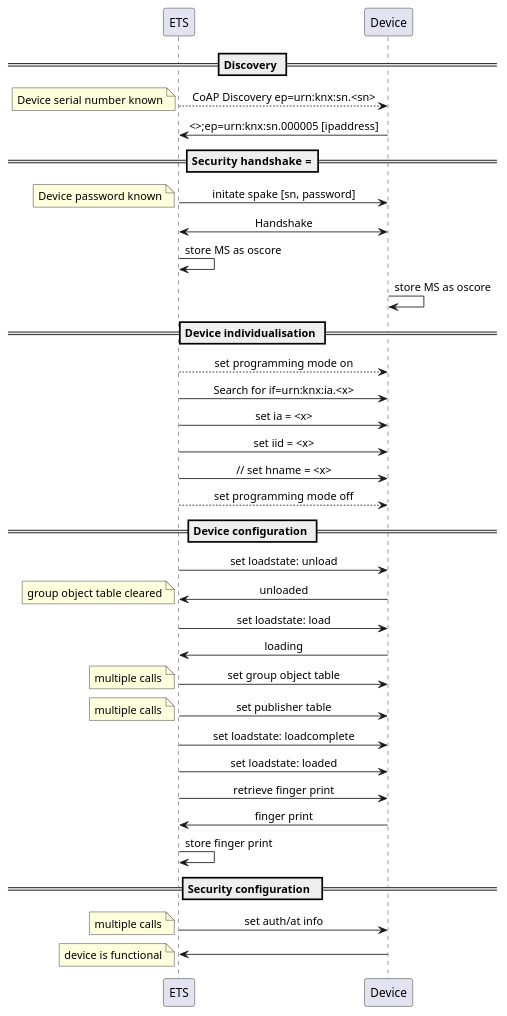
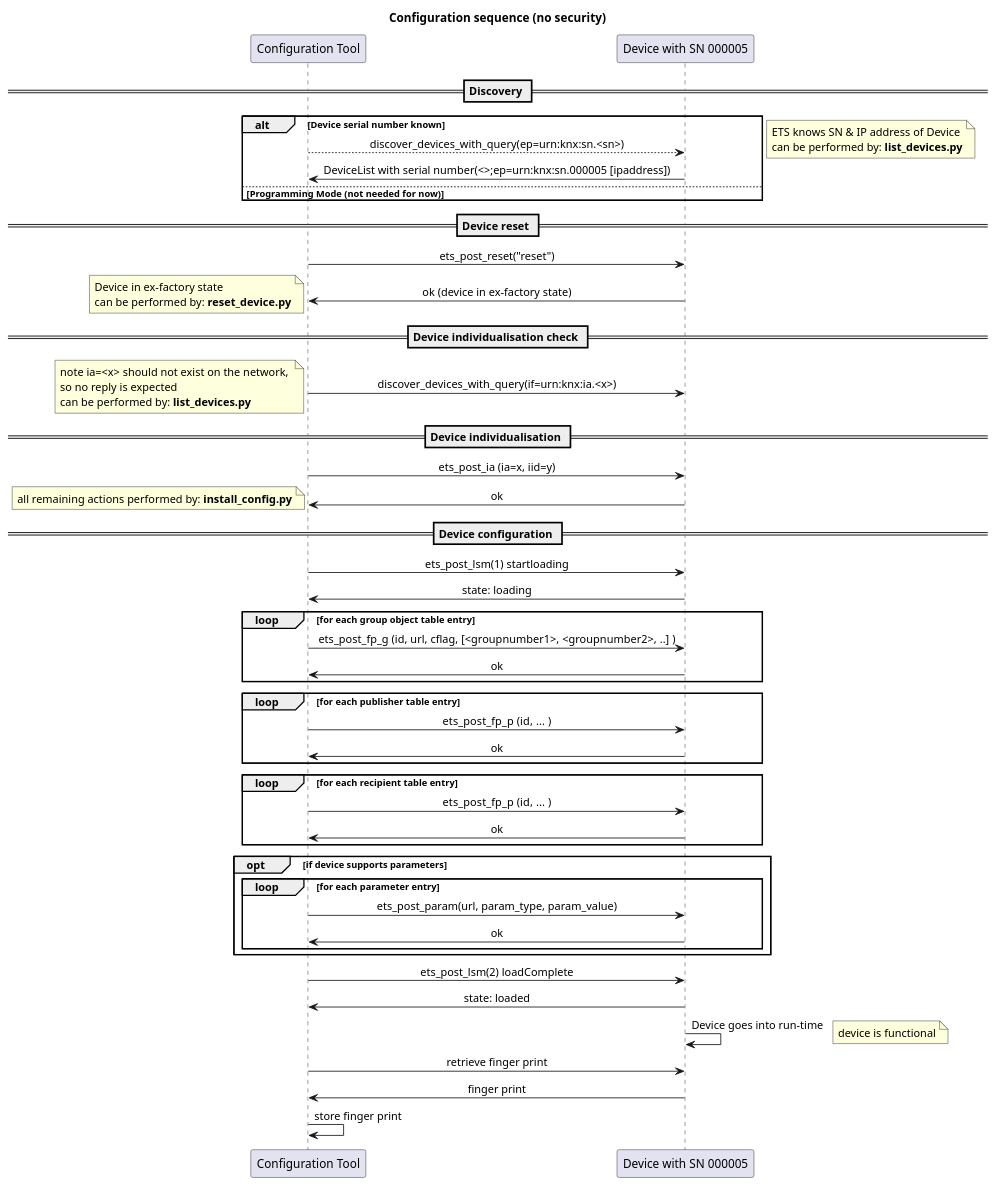
The diagram in images/sequence_setup.puml (KNX-IOT/KNX-IOT-STACK), drawn with PlantUML before and after one commit. The commit also changed 1 other file, not shown here.

Commit message:
adapt config sequence to actual situation

```diff
--- a/images/sequence_setup.puml
+++ b/images/sequence_setup.puml
@@ -1,50 +1,78 @@
 @startuml
 skinparam sequenceMessageAlign center
+Title Configuration sequence (no security)
+
+participant "Configuration Tool" as ETS
+participant "Device with SN 000005" as Device
 
 == Discovery ==
+alt Device serial number known
+ETS --> Device: discover_devices_with_query(ep=urn:knx:sn.<sn>)
+ETS <- Device: DeviceList with serial number(<>;ep=urn:knx:sn.000005 [ipaddress])
+else Programming Mode (not needed for now)
+end
 
-ETS --> Device: CoAP Discovery ep=urn:knx:sn.<sn>
-note left : Device serial number known
-ETS <- Device: <>;ep=urn:knx:sn.000005 [ipaddress]
+note left 
+ETS knows SN & IP address of Device
+can be performed by: **list_devices.py**
+end note
 
-== Security handshake  ===
-ETS -> Device: initate spake [sn, password]
-note left : Device password known
-ETS <-> Device: Handshake
-ETS -> ETS : store MS as oscore 
-Device -> Device : store MS as oscore 
+== Device reset ==
+ETS -> Device: ets_post_reset("reset") 
+ETS <- Device: ok (device in ex-factory state)
+note left 
+Device in ex-factory state
+can be performed by: **reset_device.py**
+end note
 
-== Device individualisation ==
-ETS --> Device: set programming mode on
-ETS -> Device: Search for if=urn:knx:ia.<x>
-ETS -> Device: set ia = <x>
-ETS -> Device: set iid = <x>
-ETS -> Device: // set hname = <x>
-ETS --> Device: set programming mode off
+== Device individualisation check ==
+ETS -> Device:discover_devices_with_query(if=urn:knx:ia.<x>)
+note left 
+note ia=<x> should not exist on the network, 
+so no reply is expected
+can be performed by: **list_devices.py**
+end note
+
+== Device individualisation == 
+
+ETS -> Device: ets_post_ia (ia=x, iid=y)
+Device -> ETS: ok
+
+note left 
+all remaining actions performed by: **install_config.py**
+end note
 
 == Device configuration ==
-ETS -> Device: set loadstate: unload 
-ETS <- Device: unloaded
-note left : group object table cleared
-ETS -> Device: set loadstate: load 
-ETS <- Device: loading
+ETS -> Device: ets_post_lsm(1) startloading
+ETS <- Device: state: loading
+loop for each group object table entry
+ETS -> Device: ets_post_fp_g (id, url, cflag, [<groupnumber1>, <groupnumber2>, ..]  )
+Device -> ETS: ok
+end
 
-ETS -> Device: set group object table
-note left : multiple calls
-ETS -> Device: set publisher table
-note left : multiple calls
-ETS -> Device: set loadstate: loadcomplete 
-ETS -> Device: set loadstate: loaded
+loop for each publisher table entry
+ETS -> Device: ets_post_fp_p (id, ...  )
+Device -> ETS: ok
+end
 
+loop for each recipient table entry
+ETS -> Device: ets_post_fp_p (id, ...  )
+Device -> ETS: ok
+end
 
+opt if device supports parameters
+loop for each parameter entry
+ETS -> Device: ets_post_param(url, param_type, param_value)
+Device -> ETS: ok
+end
+end
+ETS -> Device: ets_post_lsm(2) loadComplete
+Device -> ETS: state: loaded
+Device -> Device: Device goes into run-time
+note right : device is functional
 ETS -> Device: retrieve finger print
 ETS <- Device: finger print
 ETS -> ETS: store finger print
 
-== Security configuration  ==
-ETS -> Device: set auth/at info
-note left : multiple calls
-ETS <- Device: 
 
-note left : device is functional
 @enduml
```
